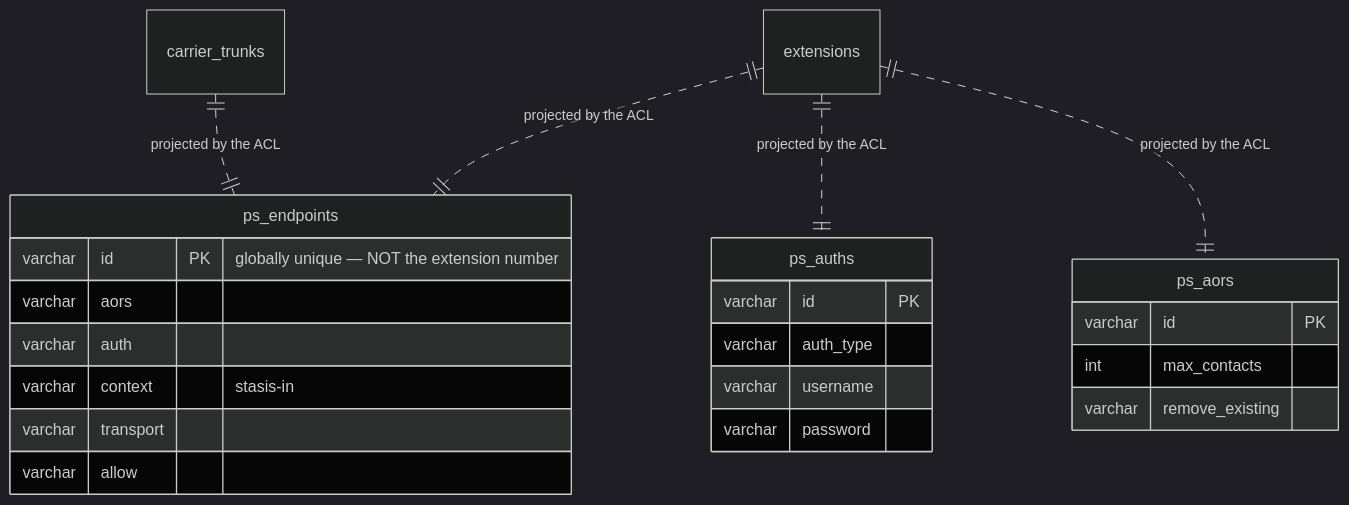
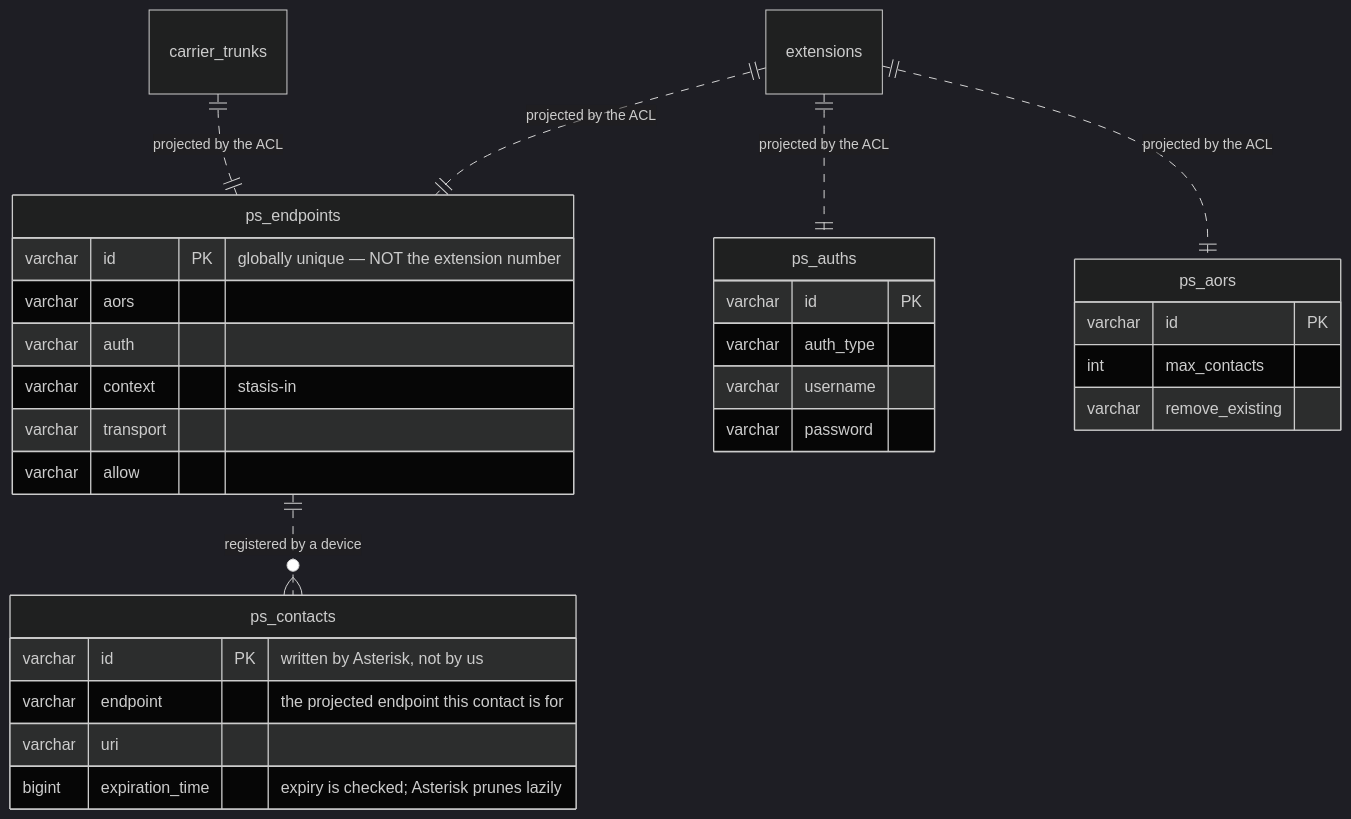
One commit to Mbaapoh/atsap changed the fifth of 6 diagrams in docs/hld/17-data-model-erd.md. Above: the diagram before and after it, drawn with Mermaid (dark theme). The commit also changed other lines of this file and 3 other files, not shown here.

````diff
--- a/docs/hld/17-data-model-erd.md
+++ b/docs/hld/17-data-model-erd.md
@@ -276,27 +276,34 @@
 ```mermaid
 erDiagram
     extensions ||..|| ps_endpoints : "projected by the ACL"
     extensions ||..|| ps_auths : "projected by the ACL"
     extensions ||..|| ps_aors : "projected by the ACL"
+    ps_endpoints ||..o{ ps_contacts : "registered by a device"
     carrier_trunks ||..|| ps_endpoints : "projected by the ACL"
 
     ps_endpoints {
         varchar id PK "globally unique — NOT the extension number"
         varchar aors
         varchar auth
         varchar context "stasis-in"
         varchar transport
         varchar allow
     }
     ps_auths {
         varchar id PK
         varchar auth_type
         varchar username
         varchar password
     }
     ps_aors {
         varchar id PK
         int max_contacts
         varchar remove_existing
     }
+    ps_contacts {
+        varchar id PK "written by Asterisk, not by us"
+        varchar endpoint "the projected endpoint this contact is for"
+        varchar uri
+        bigint expiration_time "expiry is checked; Asterisk prunes lazily"
+    }
 ```
````
